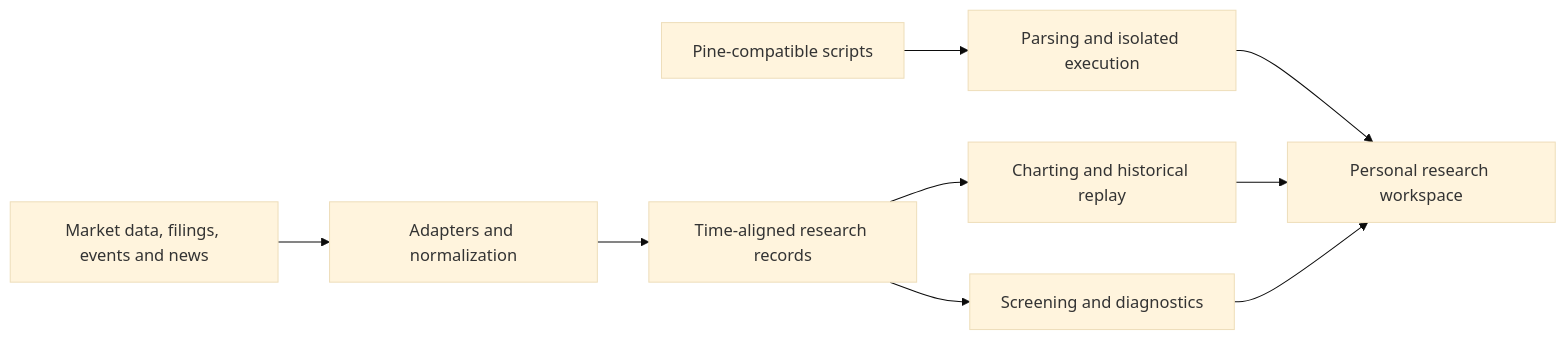
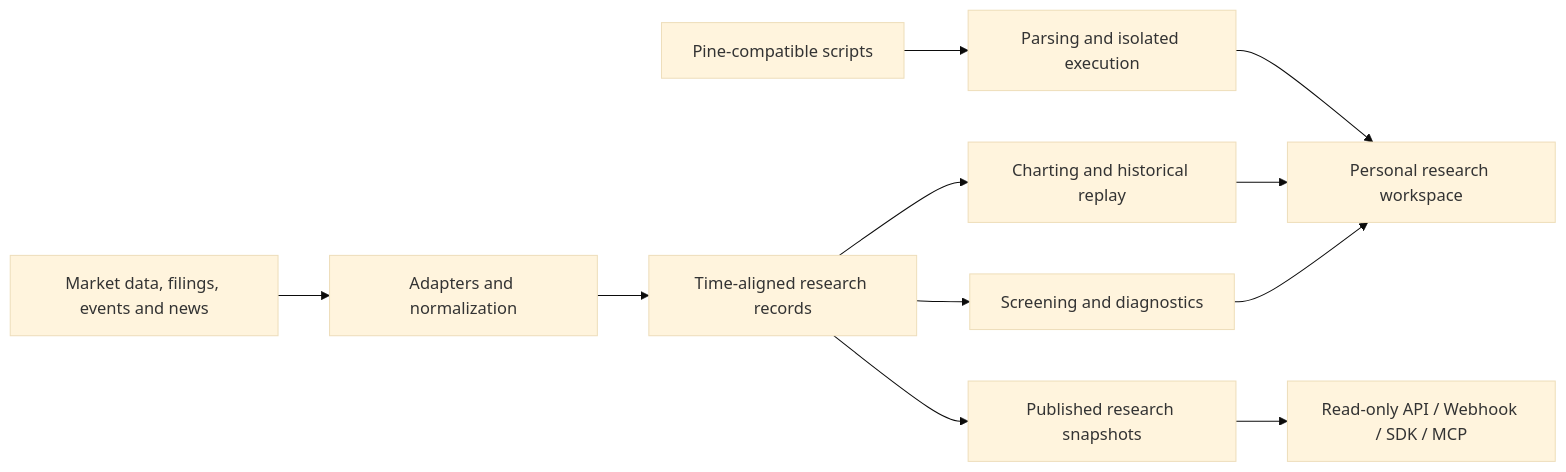
The diagram in README.md (kuangyongjie/nuvexlens), drawn with Mermaid (base theme) before and after one commit. The commit also changed other lines of this file and 2 other files, not shown here.

````diff
--- a/README.md
+++ b/README.md
@@ -27,11 +27,13 @@
 ```mermaid
 flowchart LR
     Sources[Market data, filings, events and news] --> Ingest[Adapters and normalization]
     Ingest --> Research[Time-aligned research records]
     Research --> Chart[Charting and historical replay]
     Research --> Screen[Screening and diagnostics]
+    Research --> Snapshot[Published research snapshots]
+    Snapshot --> Interfaces[Read-only API / Webhook / SDK / MCP]
     Scripts[Pine-compatible scripts] --> Sandbox[Parsing and isolated execution]
     Sandbox --> Workspace[Personal research workspace]
     Chart --> Workspace
     Screen --> Workspace
 ```
````
